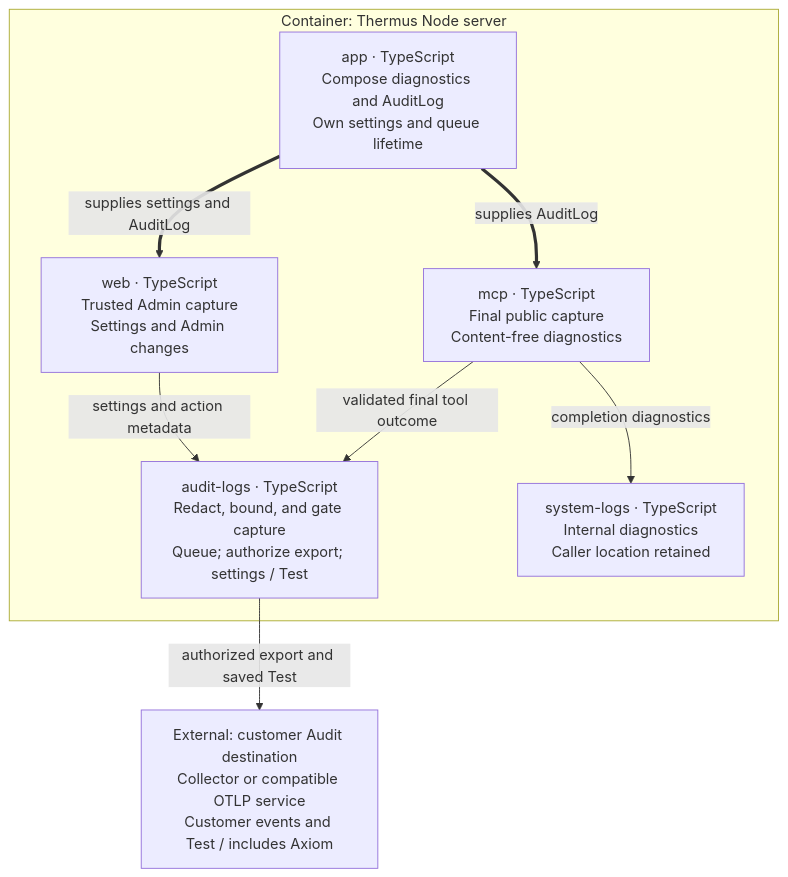
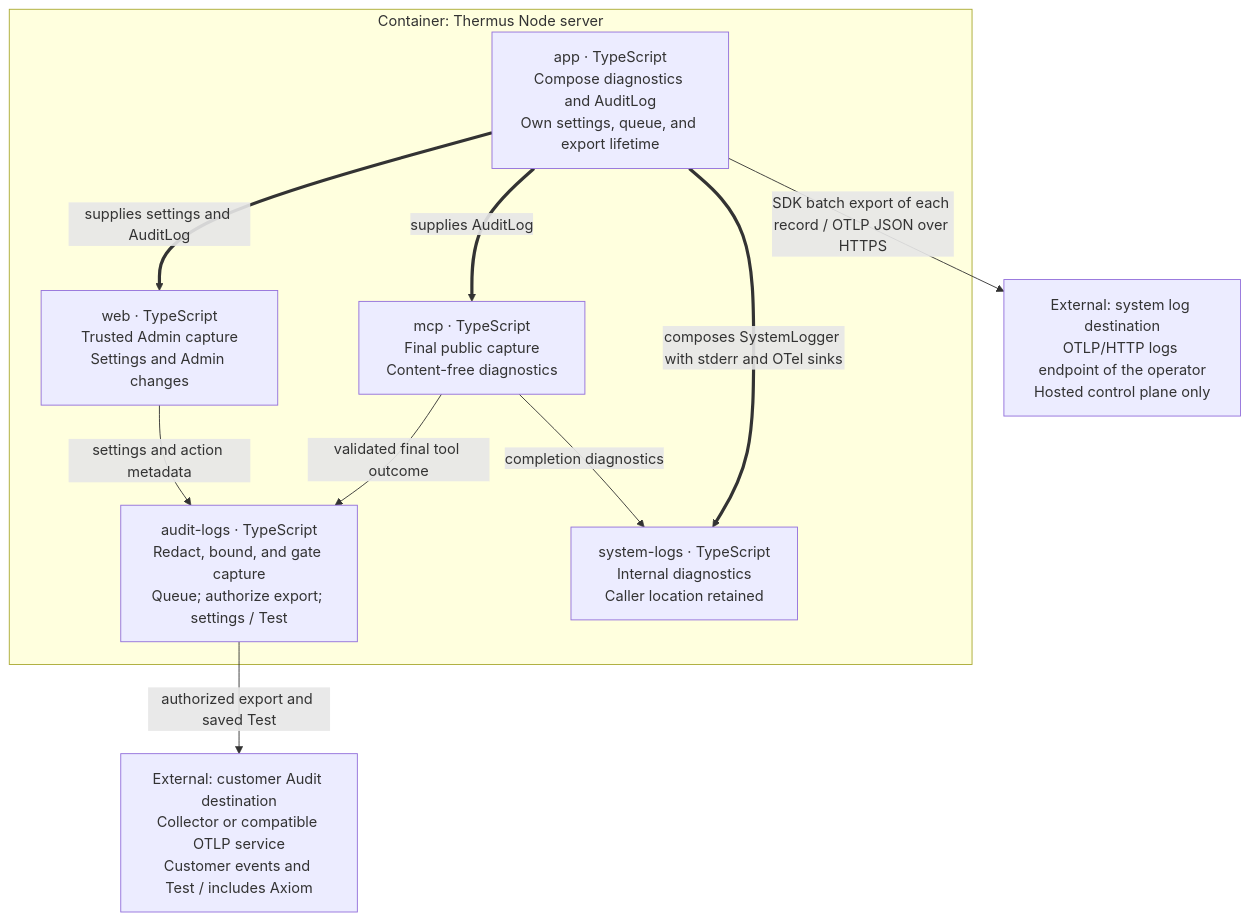
Before and after one commit to tomer-mayara/Thermus: diagram 11 of 21 in architecture/components.md, drawn with Mermaid. The commit also changed other lines of this file and 30 other files, not shown here.

First line of the commit message:
Export the control plane system log to Axiom through OtelSystemLogSink (SO-11a) (#287)

````diff
--- a/architecture/components.md
+++ b/architecture/components.md
@@ -813,17 +826,20 @@
 ```mermaid
 flowchart TB
   subgraph logs_server["Container: Thermus Node server"]
-    logs_app["app · TypeScript<br/>Compose diagnostics and AuditLog<br/>Own settings and queue lifetime"]
+    logs_app["app · TypeScript<br/>Compose diagnostics and AuditLog<br/>Own settings, queue, and export lifetime"]
     logs_mcp["mcp · TypeScript<br/>Final public capture<br/>Content-free diagnostics"]
     logs_web["web · TypeScript<br/>Trusted Admin capture<br/>Settings and Admin changes"]
     logs_audit["audit-logs · TypeScript<br/>Redact, bound, and gate capture<br/>Queue; authorize export; settings / Test"]
     logs_system["system-logs · TypeScript<br/>Internal diagnostics<br/>Caller location retained"]
   end
   logs_collector["External: customer Audit destination<br/>Collector or compatible OTLP service<br/>Customer events and Test / includes Axiom"]
+  logs_systemdest["External: system log destination<br/>OTLP/HTTP logs endpoint of the operator<br/>Hosted control plane only"]
   logs_app ==>|supplies AuditLog| logs_mcp
   logs_app ==>|supplies settings and AuditLog| logs_web
+  logs_app ==>|composes SystemLogger with stderr and OTel sinks| logs_system
   logs_mcp -->|validated final tool outcome| logs_audit
   logs_web -->|settings and action metadata| logs_audit
   logs_mcp -->|completion diagnostics| logs_system
   logs_audit -->|authorized export and saved Test| logs_collector
+  logs_app -->|SDK batch export of each record / OTLP JSON over HTTPS| logs_systemdest
 ```
````
